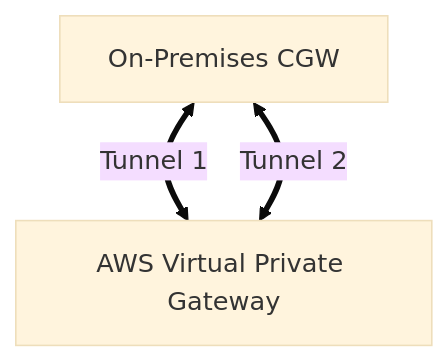
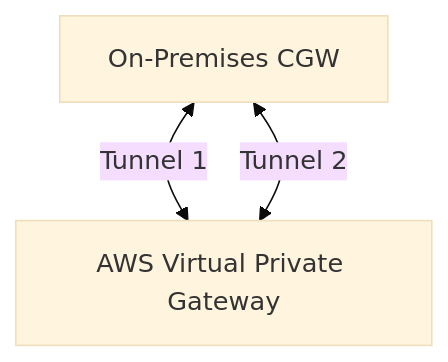
Before and after one commit to ReginRavi/AIP-C01: the tenth of 39 diagrams in 1.1 AWS — Evaluating Connectivity Options for On-Premises, Co-Location & Cloud Integration.md, drawn with Mermaid (base theme). The commit also changed other lines of this file, not shown here.

Commit message:
Fix Mermaid diagram syntax in 1.1 Evaluating Connectivity Options

````diff
--- a/1.1 AWS — Evaluating Connectivity Options for On-Premises, Co-Location & Cloud Integration.md
+++ b/1.1 AWS — Evaluating Connectivity Options for On-Premises, Co-Location & Cloud Integration.md
@@ -298,5 +302,5 @@
 ```mermaid
 flowchart TD
-    OnPrem["On-Premises CGW"] <==>|"Tunnel 1"| VGW["AWS Virtual Private Gateway"]
-    OnPrem <==>|"Tunnel 2"| VGW
+    OnPrem["On-Premises CGW"] <-->|"Tunnel 1"| VGW["AWS Virtual Private Gateway"]
+    OnPrem <-->|"Tunnel 2"| VGW
 ```
````
